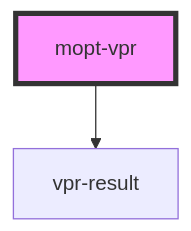
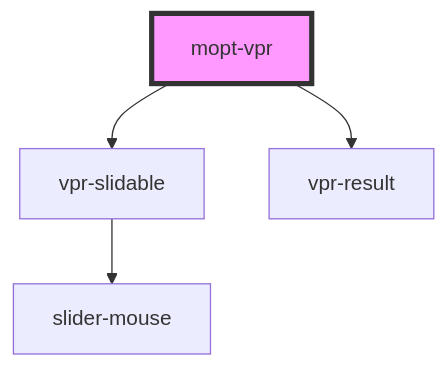
Before and after one commit to vviinn/widgets: the diagram in src/components/mopt-vpr/readme.md, drawn with Mermaid. The commit also changed other lines of this file and 1 other file, not shown here.

````diff
--- a/src/components/mopt-vpr/readme.md
+++ b/src/components/mopt-vpr/readme.md
@@ -29,5 +31,7 @@
 ```mermaid
 graph TD;
+  mopt-vpr --> vpr-slidable
   mopt-vpr --> vpr-result
+  vpr-slidable --> slider-mouse
   style mopt-vpr fill:#f9f,stroke:#333,stroke-width:4px
 ```
````
